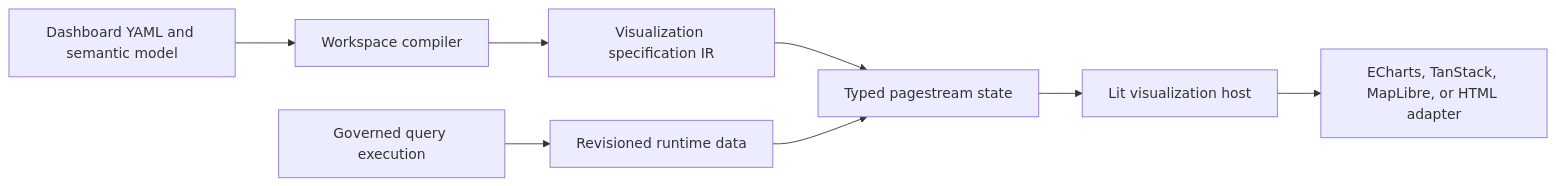
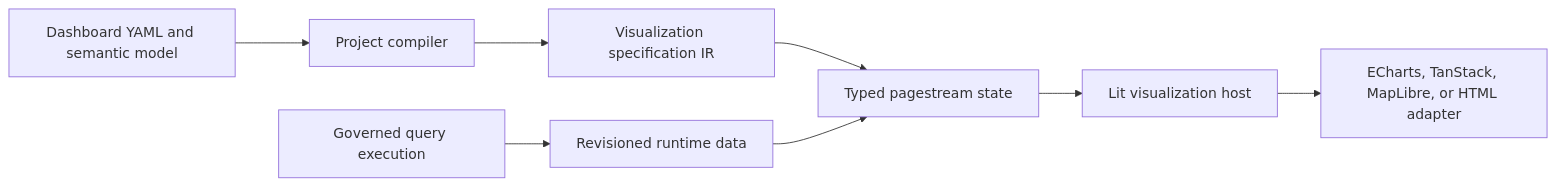
One commit to flidai/leapview changed the first of 2 diagrams in docs/articles/architecture/visual-plugins.md. Above: the diagram before and after it, drawn with Mermaid. The commit also changed other lines of this file and 69 other files, not shown here.

````diff
--- a/docs/articles/architecture/visual-plugins.md
+++ b/docs/articles/architecture/visual-plugins.md
@@ -63,12 +63,12 @@
 ```mermaid
 flowchart LR
   accTitle: LeapView visualization target architecture
   accDescr: Dashboard configuration and semantic metadata compile into an immutable visualization specification. Governed query results become revisioned inline or windowed data. Typed pagestream signals deliver both to a Lit host that selects a renderer adapter.
-  source["Dashboard YAML and semantic model"] --> compiler["Workspace compiler"]
+  source["Dashboard YAML and semantic model"] --> compiler["Project compiler"]
   compiler --> spec["Visualization specification IR"]
   query["Governed query execution"] --> frames["Revisioned runtime data"]
   spec --> stream["Typed pagestream state"]
   frames --> stream
   stream --> host["Lit visualization host"]
   host --> adapters["ECharts, TanStack, MapLibre, or HTML adapter"]
 ```
````
